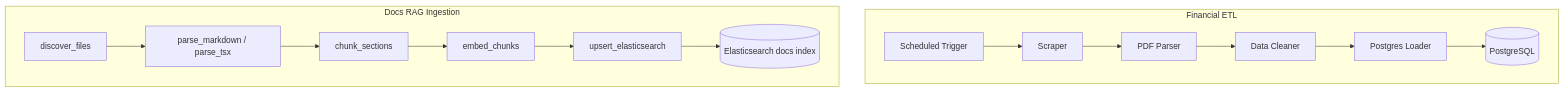
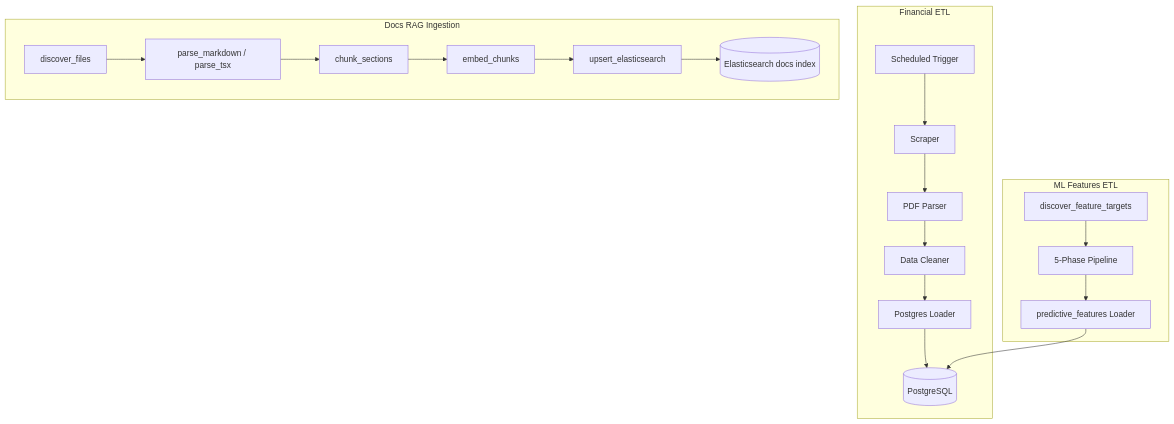
The diagram in docs/architecture/data-pipeline.md (ONGKOKRHUI/financial-insights), drawn with Mermaid before and after one commit. The commit also changed other lines of this file and 35 other files, not shown here.

First line of the commit message:
feat: implement ML features ETL pipeline

````diff
--- a/docs/architecture/data-pipeline.md
+++ b/docs/architecture/data-pipeline.md
@@ -12,18 +13,24 @@
 ```mermaid
 flowchart TD
-    subgraph Financial ETL
+    subgraph FinancialETL [Financial ETL]
       A[Scheduled Trigger] --> B[Scraper]
       B --> C[PDF Parser]
       C --> D[Data Cleaner]
       D --> E[Postgres Loader]
       E --> F[(PostgreSQL)]
     end
 
-    subgraph Docs RAG Ingestion
+    subgraph MLFeaturesETL [ML Features ETL]
+      M1[discover_feature_targets] --> M2[5-Phase Pipeline]
+      M2 --> M3[predictive_features Loader]
+      M3 --> F
+    end
+
+    subgraph DocsRAG [Docs RAG Ingestion]
       G[discover_files] --> H[parse_markdown / parse_tsx]
       H --> I[chunk_sections]
       I --> J[embed_chunks]
       J --> K[upsert_elasticsearch]
       K --> L[(Elasticsearch docs index)]
     end
 ```
````
